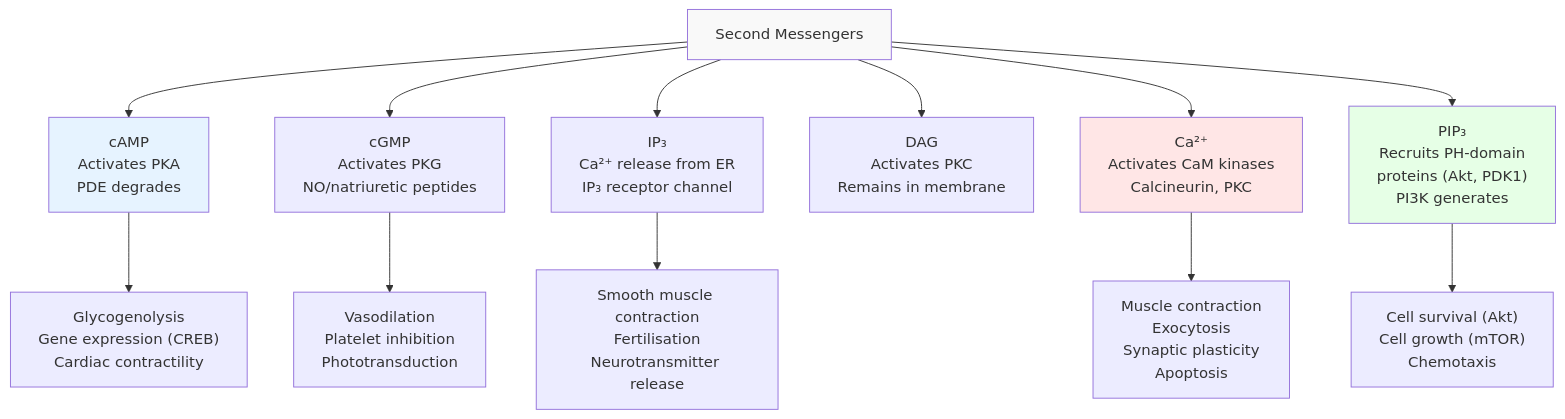
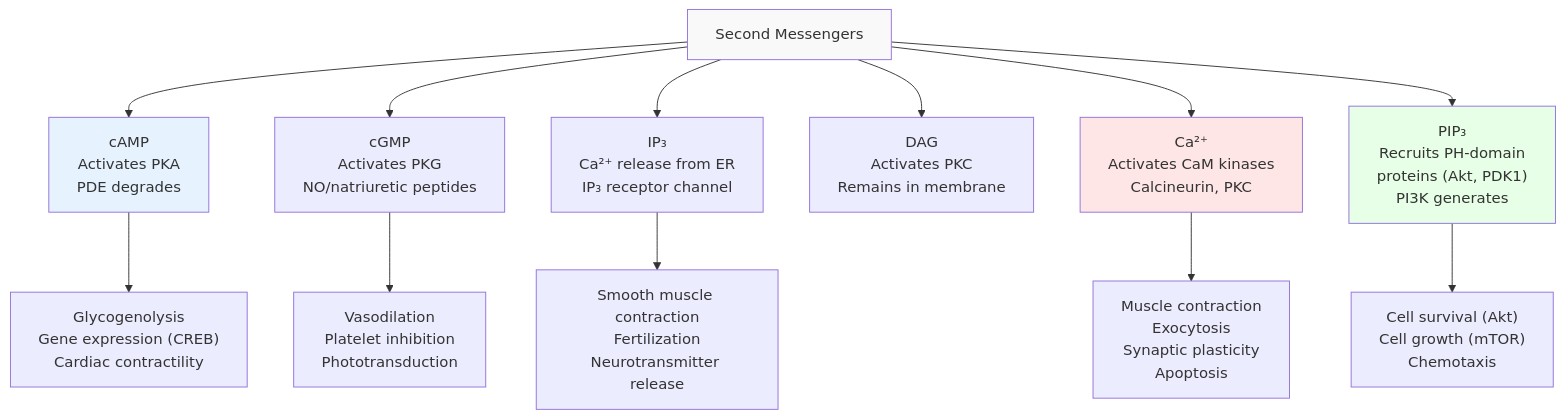
One commit to docxology/biology_textbook changed the second of 5 diagrams in manuscript/unit_II/cell_signaling.md. Above: the diagram before and after it, drawn with Mermaid. The commit also changed other lines of this file and 247 other files, not shown here.

````diff
--- a/manuscript/unit_II/cell_signaling.md
+++ b/manuscript/unit_II/cell_signaling.md
@@ -351,20 +354,20 @@
 ```mermaid
 graph TD
     A["Second Messengers"] --> B["cAMP<br/>Activates PKA<br/>PDE degrades"]
     A --> C["cGMP<br/>Activates PKG<br/>NO/natriuretic peptides"]
     A --> D["IP₃<br/>Ca²⁺ release from ER<br/>IP₃ receptor channel"]
     A --> E["DAG<br/>Activates PKC<br/>Remains in membrane"]
     A --> F["Ca²⁺<br/>Activates CaM kinases<br/>Calcineurin, PKC"]
     A --> G["PIP₃<br/>Recruits PH-domain<br/>proteins (Akt, PDK1)<br/>PI3K generates"]
 
     B --> B1["Glycogenolysis<br/>Gene expression (CREB)<br/>Cardiac contractility"]
     C --> C1["Vasodilation<br/>Platelet inhibition<br/>Phototransduction"]
-    D --> D1["Smooth muscle contraction<br/>Fertilisation<br/>Neurotransmitter release"]
+    D --> D1["Smooth muscle contraction<br/>Fertilization<br/>Neurotransmitter release"]
     F --> F1["Muscle contraction<br/>Exocytosis<br/>Synaptic plasticity<br/>Apoptosis"]
     G --> G1["Cell survival (Akt)<br/>Cell growth (mTOR)<br/>Chemotaxis"]
 
     style A fill:#f9f9f9
     style B fill:#e6f3ff
     style F fill:#ffe6e6
     style G fill:#e6ffe6
 ```
````
